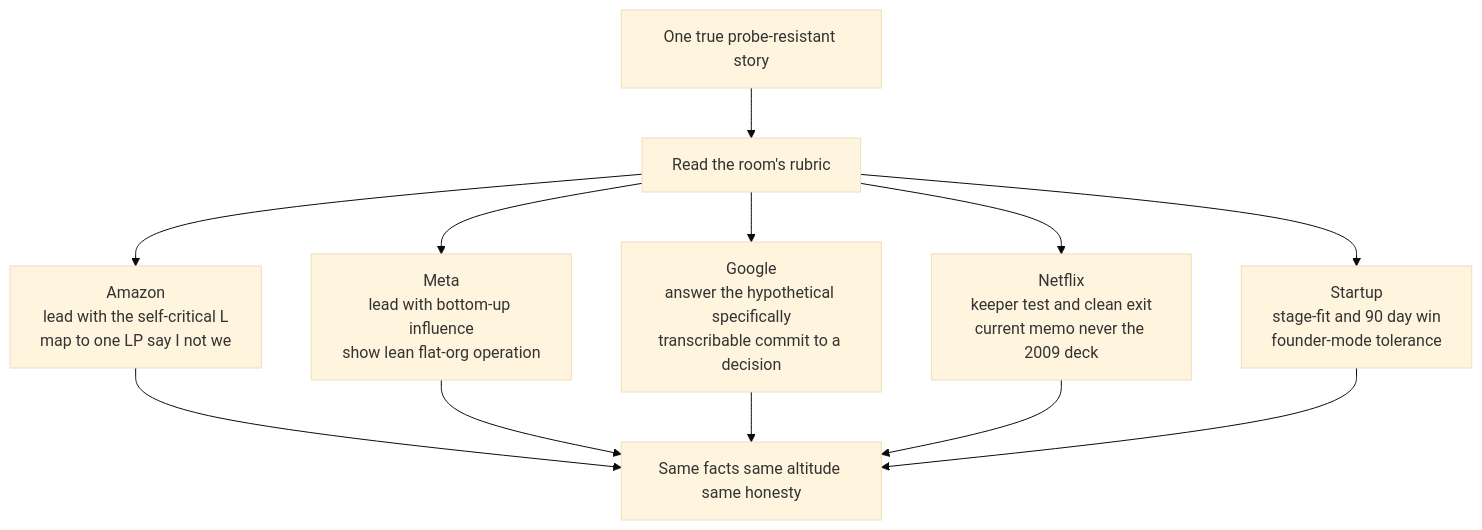
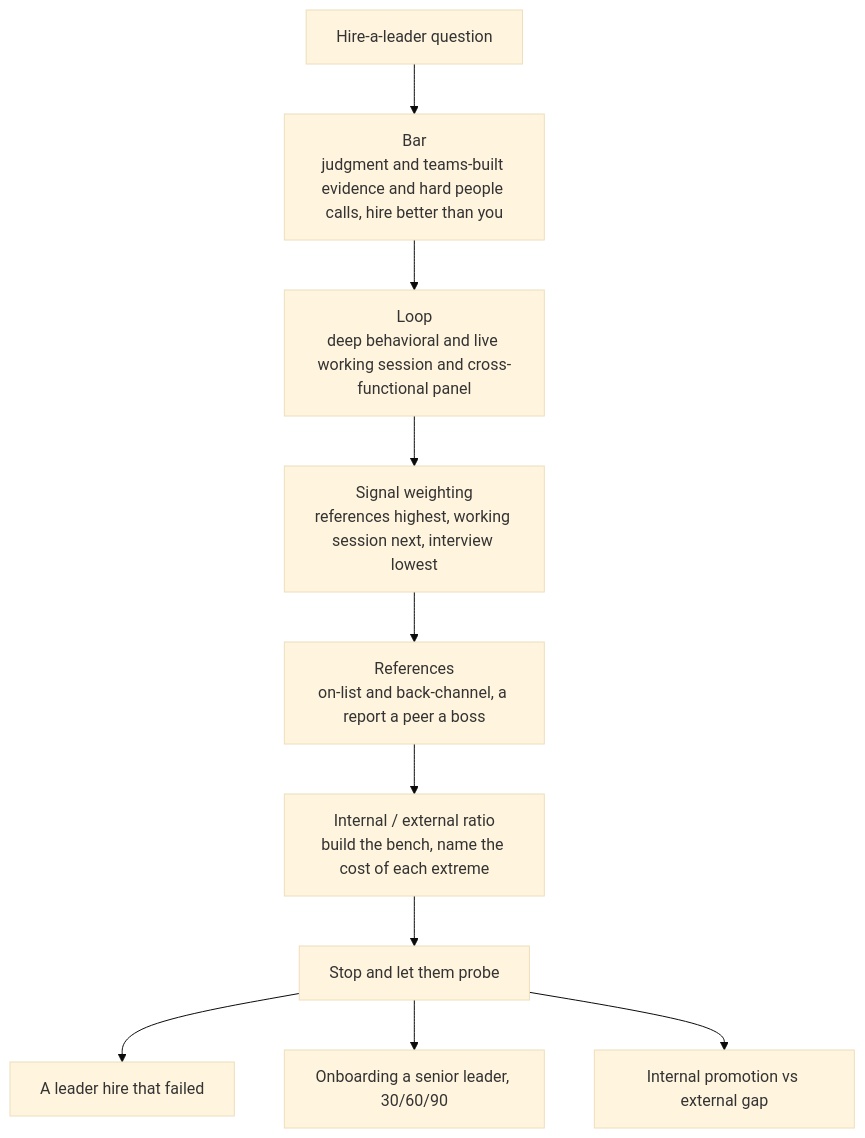
The diagram in src/content/docs/module-15/lesson-15-13.md (hkrathore/sysdesign-course), drawn with Mermaid (base theme) before and after one commit. The commit also changed other lines of this file and 7 other files, not shown here.

````diff
--- a/src/content/docs/module-15/lesson-15-13.md
+++ b/src/content/docs/module-15/lesson-15-13.md
@@ -45,14 +52,12 @@
 ```mermaid
 flowchart TD
-    S["One true probe-resistant story"] --> RUB["Read the room's rubric"]
-    RUB --> AMZ["Amazon<br/>lead with the self-critical L<br/>map to one LP say I not we"]
-    RUB --> META["Meta<br/>lead with bottom-up influence<br/>show lean flat-org operation"]
-    RUB --> GOOG["Google<br/>answer the hypothetical specifically<br/>transcribable commit to a decision"]
-    RUB --> NFLX["Netflix<br/>keeper test and clean exit<br/>current memo never the 2009 deck"]
-    RUB --> START["Startup<br/>stage-fit and 90 day win<br/>founder-mode tolerance"]
-    AMZ --> T["Same facts same altitude same honesty"]
-    META --> T
-    GOOG --> T
-    NFLX --> T
-    START --> T
+    Q["Hire-a-leader question"] --> BAR["Bar<br/>judgment and teams-built evidence and hard people calls, hire better than you"]
+    BAR --> LOOP["Loop<br/>deep behavioral and live working session and cross-functional panel"]
+    LOOP --> SIG["Signal weighting<br/>references highest, working session next, interview lowest"]
+    SIG --> REF["References<br/>on-list and back-channel, a report a peer a boss"]
+    REF --> RATIO["Internal / external ratio<br/>build the bench, name the cost of each extreme"]
+    RATIO --> STOP["Stop and let them probe"]
+    STOP --> D1["A leader hire that failed"]
+    STOP --> D2["Onboarding a senior leader, 30/60/90"]
+    STOP --> D3["Internal promotion vs external gap"]
 ```
````
